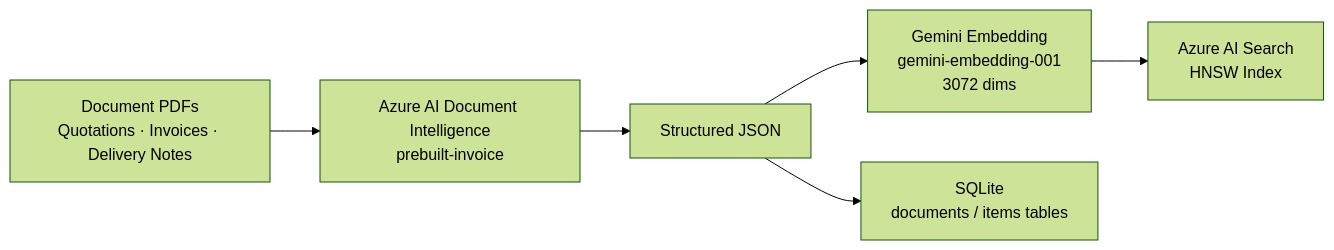
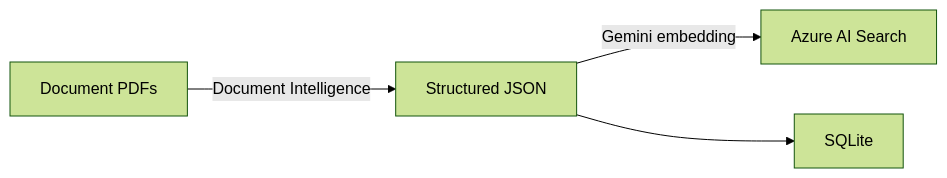
Before and after one commit to yktsnet/order-system-rag: the first of 2 diagrams in README.en.md, drawn with Mermaid (forest theme). The commit also changed other lines of this file and 4 other files, not shown here.

````diff
--- a/README.en.md
+++ b/README.en.md
@@ -44,13 +42,6 @@
 ```mermaid
 flowchart LR
-    PDF["Document PDFs\nQuotations · Invoices · Delivery Notes"]
-    DI["Azure AI Document Intelligence\nprebuilt-invoice"]
-    JSON["Structured JSON"]
-    EMB["Gemini Embedding\ngemini-embedding-001\n3072 dims"]
-    AIS["Azure AI Search\nHNSW Index"]
-    SQLITE["SQLite\ndocuments / items tables"]
-
-    PDF --> DI --> JSON
-    JSON --> EMB --> AIS
-    JSON --> SQLITE
+    PDF["Document PDFs"] -->|"Document Intelligence"| JSON["Structured JSON"]
+    JSON -->|"Gemini embedding"| AIS["Azure AI Search"]
+    JSON --> SQLITE["SQLite"]
 ```
````
